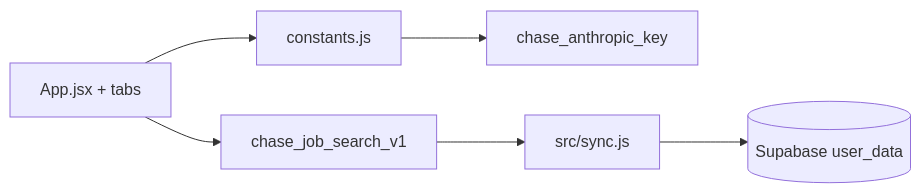
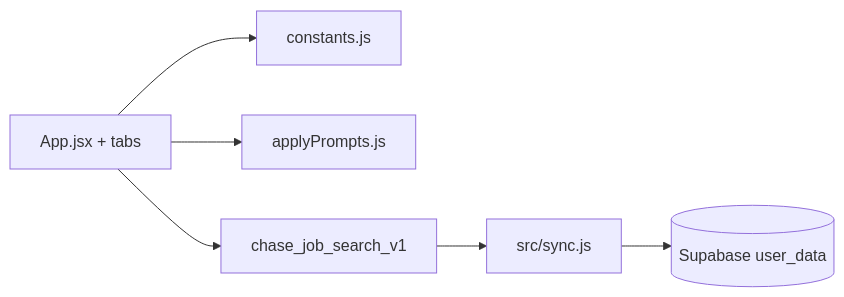
The diagram in portfolio/job-search-hq/docs/ARCHITECTURE.md (iamchasewhittaker/apps), drawn with Mermaid before and after one commit. The commit also changed other lines of this file and 180 other files, not shown here.

````diff
--- a/portfolio/job-search-hq/docs/ARCHITECTURE.md
+++ b/portfolio/job-search-hq/docs/ARCHITECTURE.md
@@ -5,14 +5,14 @@
 ```mermaid
 flowchart LR
   UI[App.jsx + tabs]
   C[constants.js]
+  P[applyPrompts.js]
   LS[chase_job_search_v1]
-  Key[chase_anthropic_key]
   Sync[src/sync.js]
   SB[(Supabase user_data)]
   UI --> C
+  UI --> P
   UI --> LS
-  C --> Key
   LS --> Sync
   Sync --> SB
 ```
````
